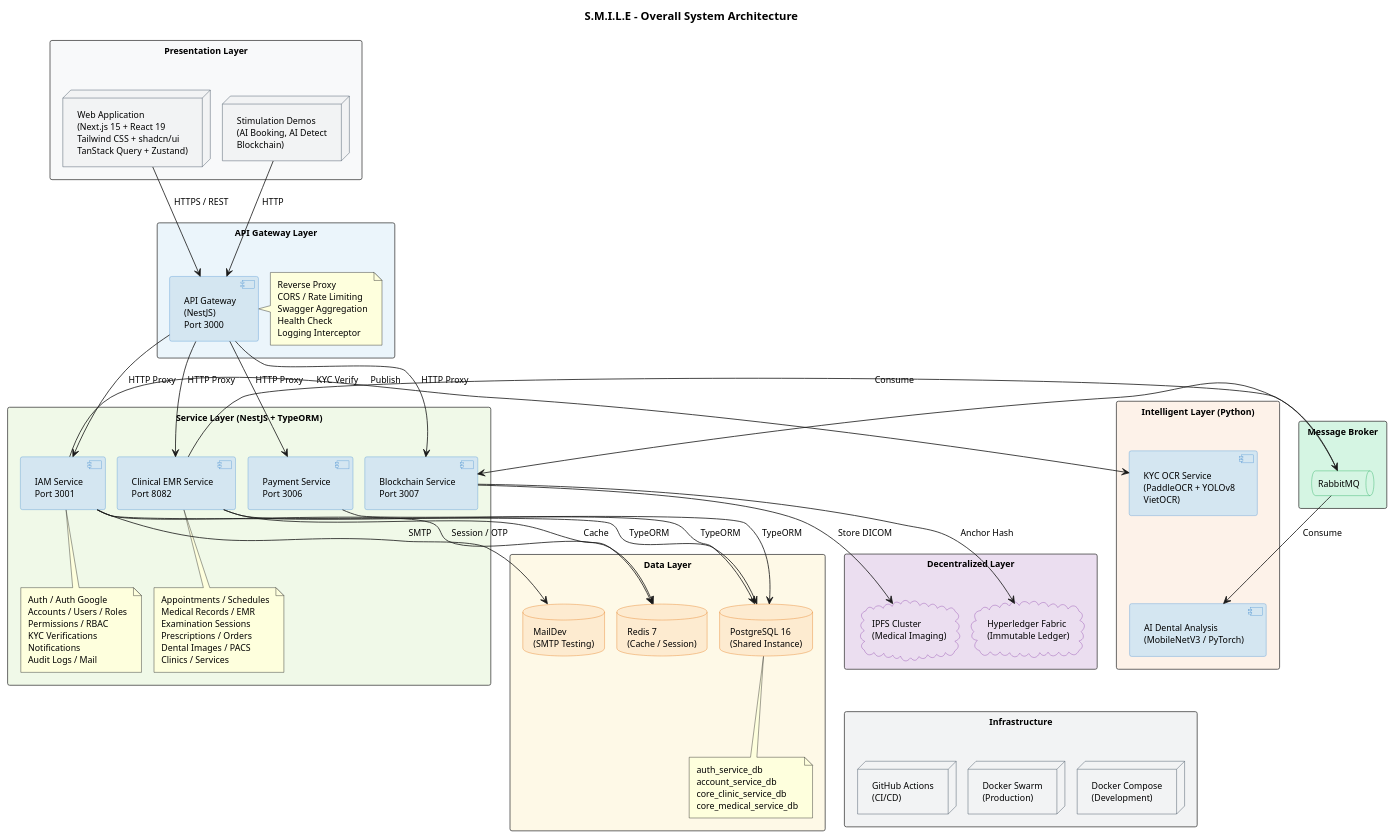
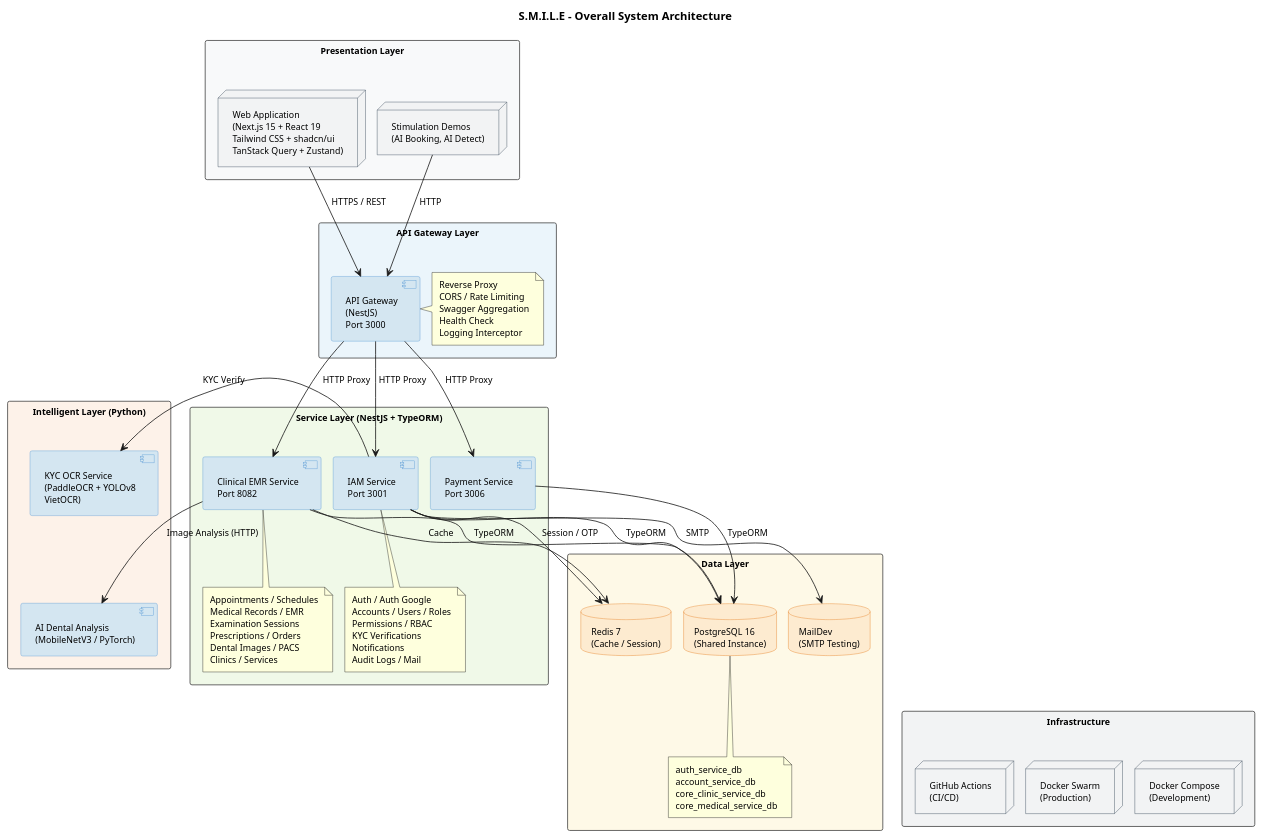
One commit to LTPPPP/Smart-Medical-Intelligent-Ledger-for-E-health-S.M.I.L.E- changed the diagram in docs/architecture/overall-architecture.puml. Above: the diagram before and after it, drawn with PlantUML. The commit also changed 43 other files, not shown here.

Commit message:
doc: update architecture diagram

```diff
--- a/docs/architecture/overall-architecture.puml
+++ b/docs/architecture/overall-architecture.puml
@@ -1,143 +1,124 @@
 @startuml OverallArchitecture
 
 skinparam shadowing false
 skinparam nodesep 15
 skinparam ranksep 20
 skinparam padding 3
 skinparam defaultFontSize 11
 skinparam rectangleBorderColor #444444
 skinparam rectangleBackgroundColor #FFFFFF
 skinparam componentBorderColor #5B9BD5
 skinparam componentBackgroundColor #D4E6F1
 skinparam databaseBorderColor #E67E22
 skinparam databaseBackgroundColor #FDEBD0
 skinparam cloudBorderColor #8E44AD
 skinparam cloudBackgroundColor #EBDEF0
 skinparam queueBorderColor #27AE60
 skinparam queueBackgroundColor #D5F5E3
 skinparam nodeBorderColor #2C3E50
 skinparam nodeBackgroundColor #F2F3F4
 
 title S.M.I.L.E - Overall System Architecture
 
 ' ── Presentation Layer ──
 rectangle "Presentation Layer" as PL #F8F9FA {
     node "Web Application\n(Next.js 15 + React 19\nTailwind CSS + shadcn/ui\nTanStack Query + Zustand)" as WebApp
-    node "Stimulation Demos\n(AI Booking, AI Detect\nBlockchain)" as SimApp
+    node "Stimulation Demos\n(AI Booking, AI Detect)" as SimApp
 }
 
 ' ── API Gateway ──
 rectangle "API Gateway Layer" as GWL #EBF5FB {
     component "API Gateway\n(NestJS)\nPort 3000" as GW {
     }
     note right of GW
         Reverse Proxy
         CORS / Rate Limiting
         Swagger Aggregation
         Health Check
         Logging Interceptor
     end note
 }
 
 ' ── Service Layer ──
 rectangle "Service Layer (NestJS + TypeORM)" as SL #F0F9E8 {
     component "IAM Service\nPort 3001" as IAM {
     }
     component "Clinical EMR Service\nPort 8082" as EMR {
     }
     component "Payment Service\nPort 3006" as PAY {
-    }
-    component "Blockchain Service\nPort 3007" as BC {
     }
 
     note bottom of IAM
         Auth / Auth Google
         Accounts / Users / Roles
         Permissions / RBAC
         KYC Verifications
         Notifications
         Audit Logs / Mail
     end note
 
     note bottom of EMR
         Appointments / Schedules
         Medical Records / EMR
         Examination Sessions
         Prescriptions / Orders
         Dental Images / PACS
         Clinics / Services
     end note
 }
 
 ' ── AI Layer ──
 rectangle "Intelligent Layer (Python)" as AIL #FDF2E9 {
     component "KYC OCR Service\n(PaddleOCR + YOLOv8\nVietOCR)" as KYCAI {
     }
     component "AI Dental Analysis\n(MobileNetV3 / PyTorch)" as DENTAI {
     }
-}
-
-' ── Message Queue ──
-rectangle "Message Broker" as MQL #D5F5E3 {
-    queue "RabbitMQ" as MQ
-}
-
-' ── Blockchain Layer ──
-rectangle "Decentralized Layer" as BCL #EBDEF0 {
-    cloud "Hyperledger Fabric\n(Immutable Ledger)" as HLF
-    cloud "IPFS Cluster\n(Medical Imaging)" as IPFS
 }
 
 ' ── Data Layer ──
 rectangle "Data Layer" as DL #FEF9E7 {
     database "PostgreSQL 16\n(Shared Instance)" as PG {
     }
     database "Redis 7\n(Cache / Session)" as REDIS
     database "MailDev\n(SMTP Testing)" as MAIL
 
     note bottom of PG
         auth_service_db
         account_service_db
         core_clinic_service_db
         core_medical_service_db
     end note
 }
 
 ' ── Infrastructure ──
 rectangle "Infrastructure" as INFRA #F2F3F4 {
     node "Docker Compose\n(Development)" as DC
     node "Docker Swarm\n(Production)" as DS
     node "GitHub Actions\n(CI/CD)" as CI
 }
 
 ' ── Connections ──
 WebApp -down-> GW : HTTPS / REST
 SimApp -down-> GW : HTTP
 
 GW -down-> IAM : HTTP Proxy
 GW -down-> EMR : HTTP Proxy
 GW -down-> PAY : HTTP Proxy
-GW -down-> BC : HTTP Proxy
 
 IAM -down-> PG : TypeORM
 IAM -down-> REDIS : Session / OTP
 IAM -down-> MAIL : SMTP
 IAM -right-> KYCAI : KYC Verify
 
 EMR -down-> PG : TypeORM
 EMR -down-> REDIS : Cache
 
-EMR -right-> MQ : Publish
-MQ -right-> DENTAI : Consume
-MQ -right-> BC : Consume
-
-BC -down-> HLF : Anchor Hash
-BC -down-> IPFS : Store DICOM
+EMR -right-> DENTAI : Image Analysis (HTTP)
 
 PAY -down-> PG : TypeORM
 
 KYCAI -down[hidden]-> DENTAI
 
 DC -up[hidden]-> PG
 
 @enduml
```
